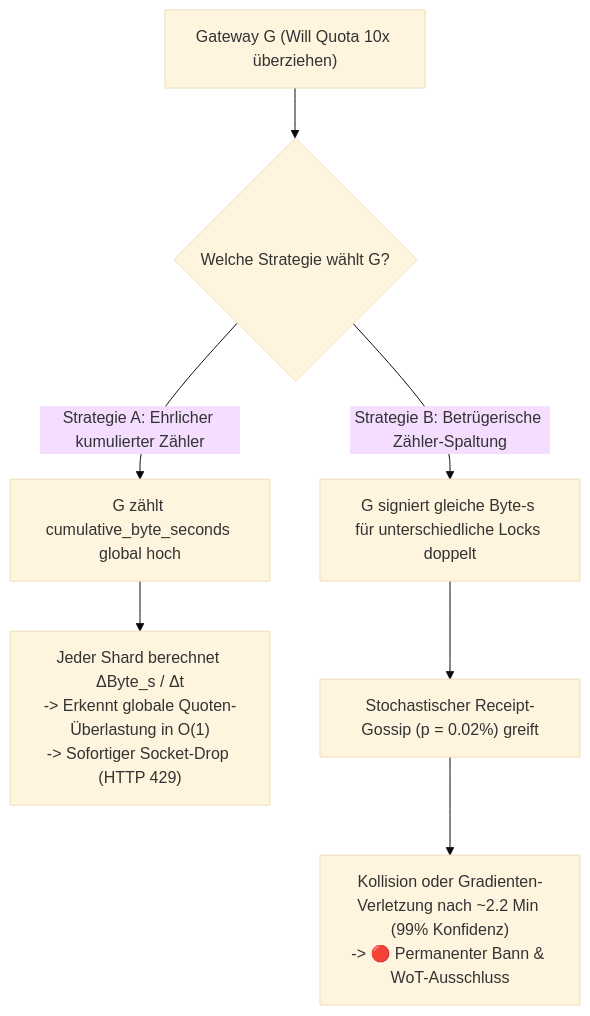
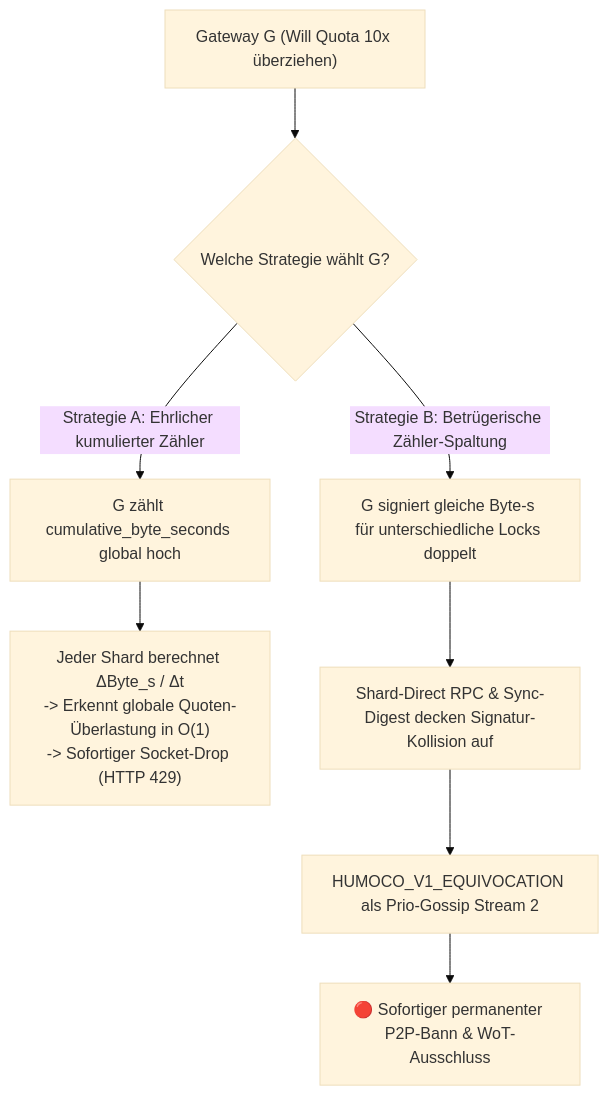
One commit to minutogit/human-money-node changed the first of 14 diagrams in docs/99_faq_und_angriffsvektoren_deep_dive.md. Above: the diagram before and after it, drawn with Mermaid (base theme). The commit also changed other lines of this file and 20 other files, not shown here.

````diff
--- a/docs/99_faq_und_angriffsvektoren_deep_dive.md
+++ b/docs/99_faq_und_angriffsvektoren_deep_dive.md
@@ -18,11 +18,12 @@
 ```mermaid
 flowchart TD
     G["Gateway G (Will Quota 10x überziehen)"] --> Choice{"Welche Strategie wählt G?"}
     
     Choice -->|Strategie A: Ehrlicher kumulierter Zähler| Honest["G zählt cumulative_byte_seconds global hoch"]
     Honest --> ShardCheck["Jeder Shard berechnet ΔByte_s / Δt<br>-> Erkennt globale Quoten-Überlastung in O(1)<br>-> Sofortiger Socket-Drop (HTTP 429)"]
 
     Choice -->|Strategie B: Betrügerische Zähler-Spaltung| Fork["G signiert gleiche Byte-s für unterschiedliche Locks doppelt"]
-    Fork --> Gossip["Stochastischer Receipt-Gossip (p = 0.02%) greift"]
-    Gossip --> Slash["Kollision oder Gradienten-Verletzung nach ~2.2 Min (99% Konfidenz)<br>-> 🔴 Permanenter Bann & WoT-Ausschluss"]
+    Fork --> ShardEvidence["Shard-Direct RPC & Sync-Digest decken Signatur-Kollision auf"]
+    ShardEvidence --> Equivocation["HUMOCO_V1_EQUIVOCATION als Prio-Gossip Stream 2"]
+    Equivocation --> Slash["🔴 Sofortiger permanenter P2P-Bann & WoT-Ausschluss"]
 ```
````
